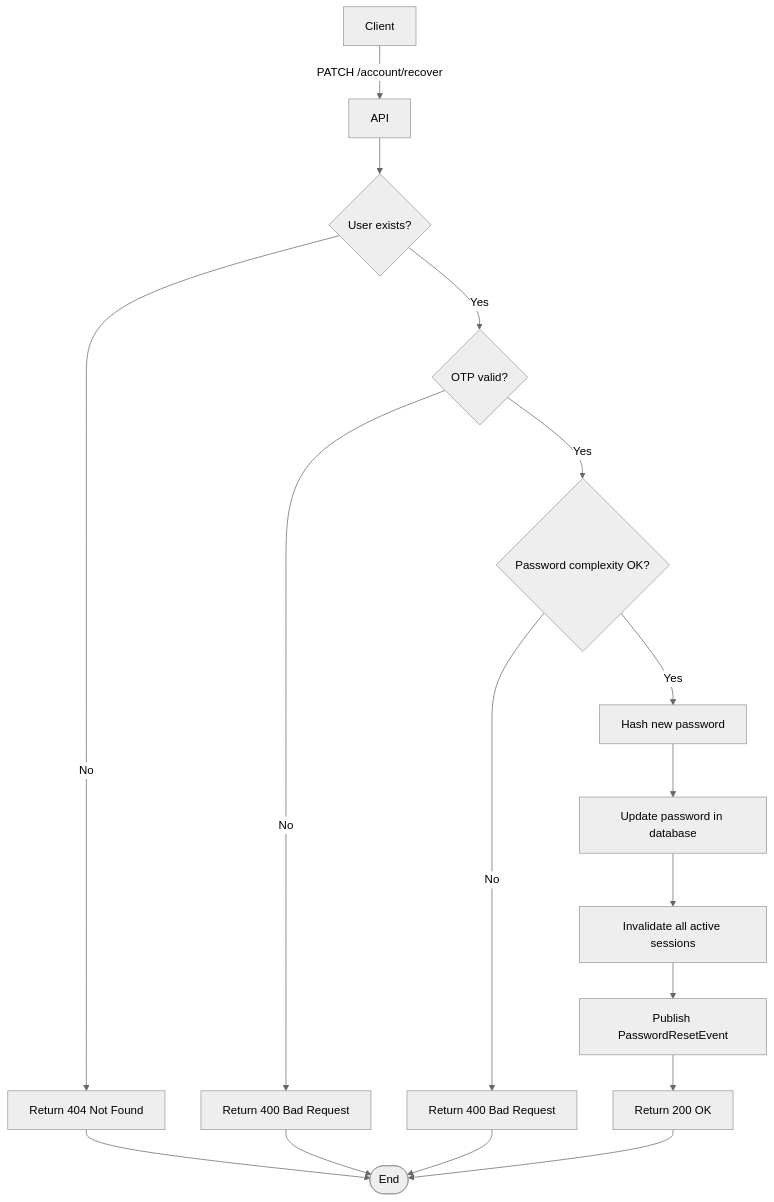
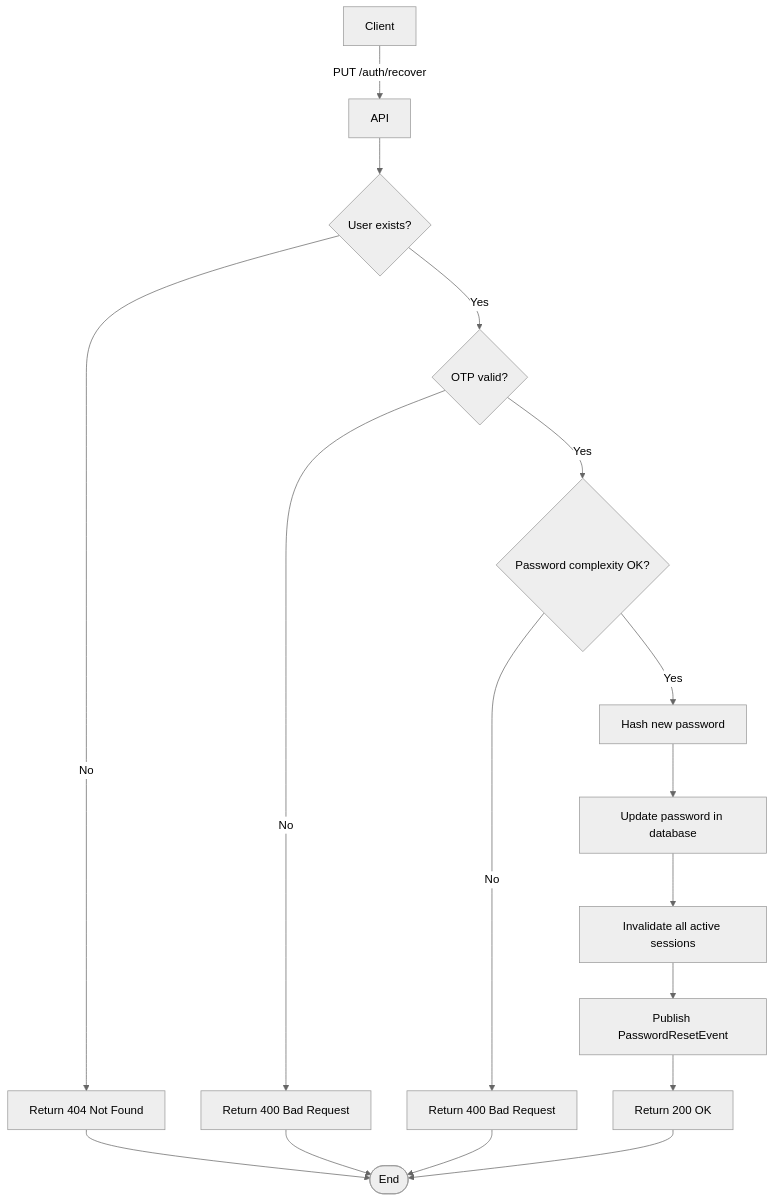
The diagram in apps/doc/src/content/api/auth/reset-password.mdx (leandroluk/investor), drawn with Mermaid (neutral theme) before and after one commit. The commit also changed other lines of this file and 132 other files, not shown here.

````diff
--- a/apps/doc/src/content/api/auth/reset-password.mdx
+++ b/apps/doc/src/content/api/auth/reset-password.mdx
@@ -32,19 +32,19 @@
 ```mermaid
 flowchart TD
-    A["Client"] -- "PATCH /account/recover" --> B["API"]
+    A["Client"] -- "PUT /auth/recover" --> B["API"]
     B --> C{"User exists?"}
     C -- "No" --> D["Return 404 Not Found"]
     D --> End([End])
     C -- "Yes" --> E{"OTP valid?"}
     E -- "No" --> F["Return 400 Bad Request"]
     F --> End
     E -- "Yes" --> G{"Password complexity OK?"}
     G -- "No" --> H["Return 400 Bad Request"]
     H --> End
     G -- "Yes" --> I["Hash new password"]
     I --> J["Update password in database"]
     J --> K["Invalidate all active sessions"]
     K --> L["Publish PasswordResetEvent"]
     L --> M["Return 200 OK"]
     M --> End([End])
 ```
````
